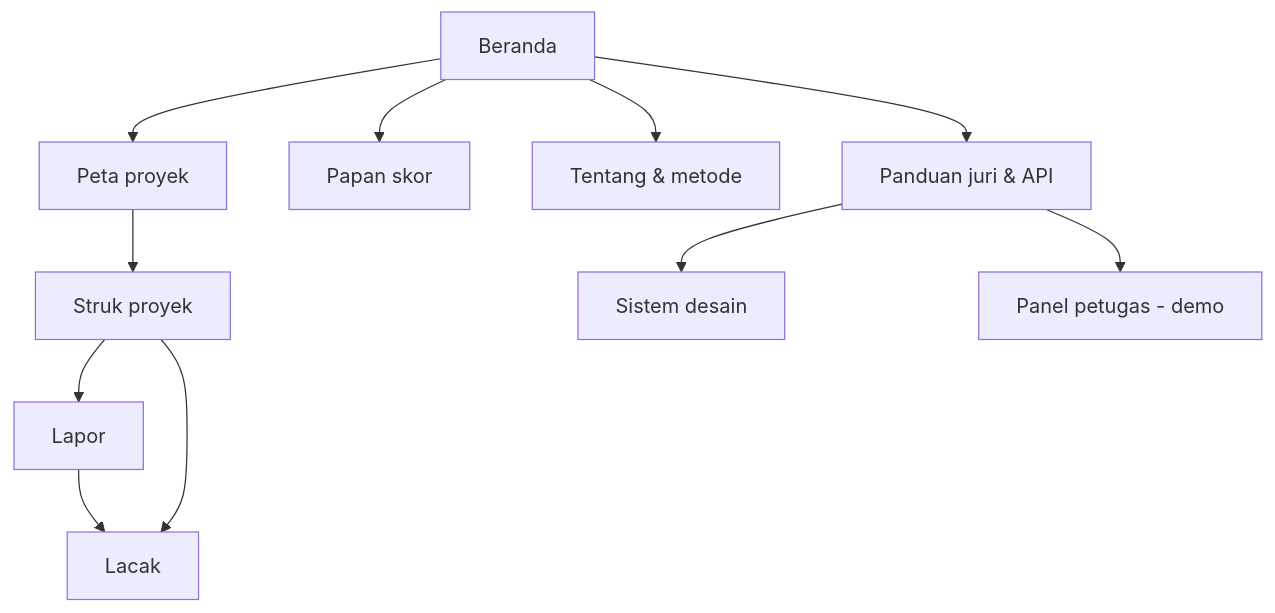
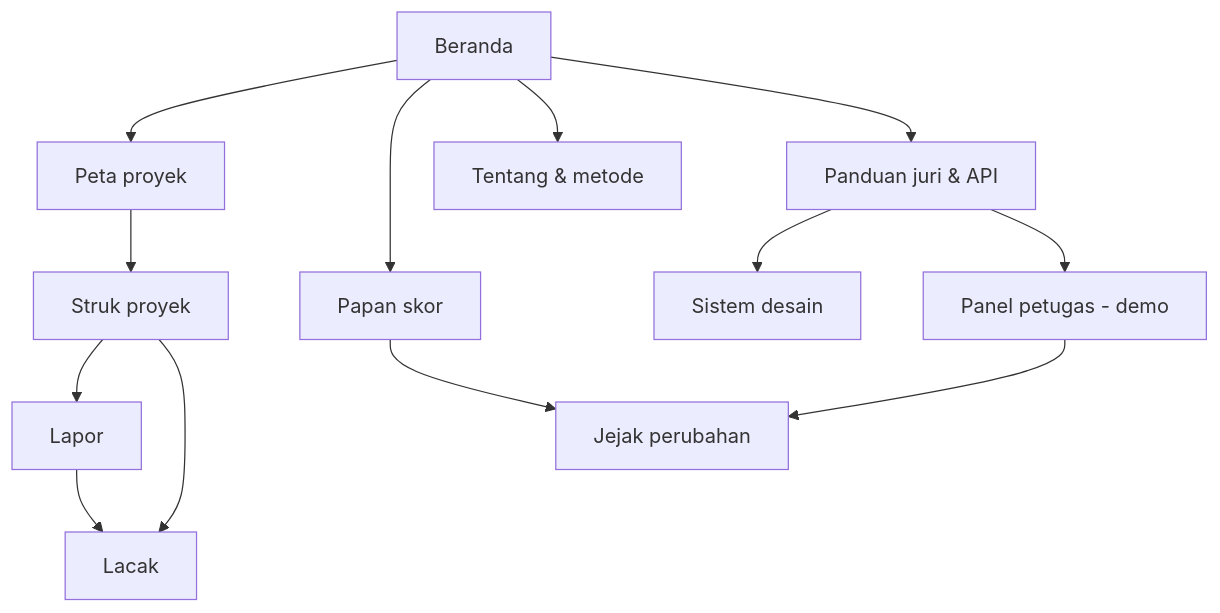
One commit to dimazazriel/Tally changed the second of 2 diagrams in README.md. Above: the diagram before and after it, drawn with Mermaid. The commit also changed other lines of this file and 29 other files, not shown here.

````diff
--- a/README.md
+++ b/README.md
@@ -87,10 +89,12 @@
 ```mermaid
 flowchart TD
   B[Beranda] --> P[Peta proyek] --> D[Struk proyek] --> L[Lapor] --> K[Lacak]
   D --> K
   B --> S[Papan skor]
+  S --> J[Jejak perubahan]
   B --> T[Tentang & metode]
   B --> G[Panduan juri & API]
   G --> Y[Sistem desain]
   G --> X[Panel petugas - demo]
+  X --> J
 ```
````
